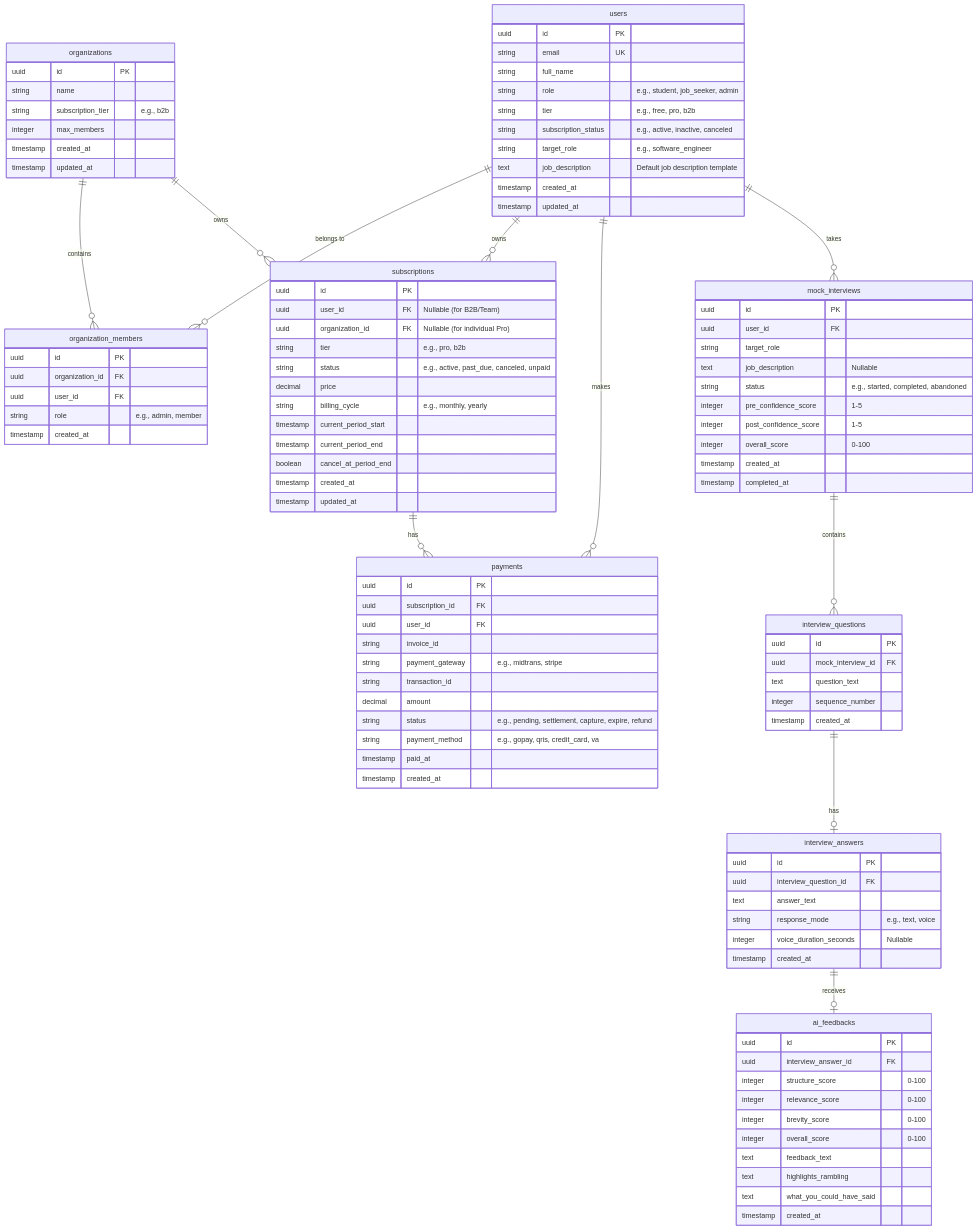
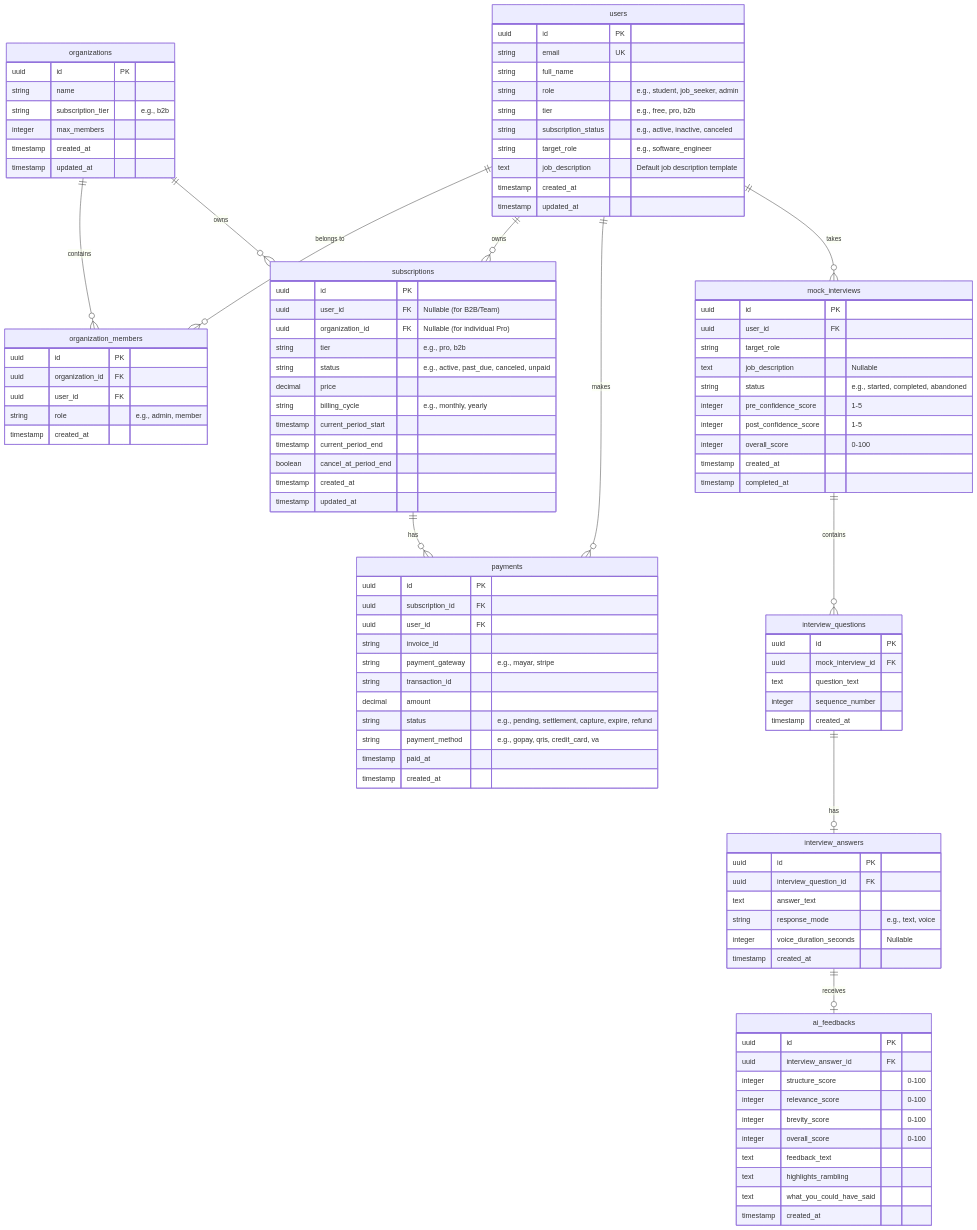
The diagram in docs/ERD.md (vickyvaf/interview-masters), drawn with Mermaid before and after one commit. The commit also changed other lines of this file and 2 other files, not shown here.

Commit message:
docs: update PRD, ERD, and README specifications for Mayar checkout integration and 14-Day Sprint tier

```diff
--- a/docs/ERD.md
+++ b/docs/ERD.md
@@ -56,7 +56,7 @@
         uuid subscription_id FK
         uuid user_id FK
         string invoice_id
-        string payment_gateway "e.g., midtrans, stripe"
+        string payment_gateway "e.g., mayar, stripe"
         string transaction_id
         decimal amount
         string status "e.g., pending, settlement, capture, expire, refund"
```
